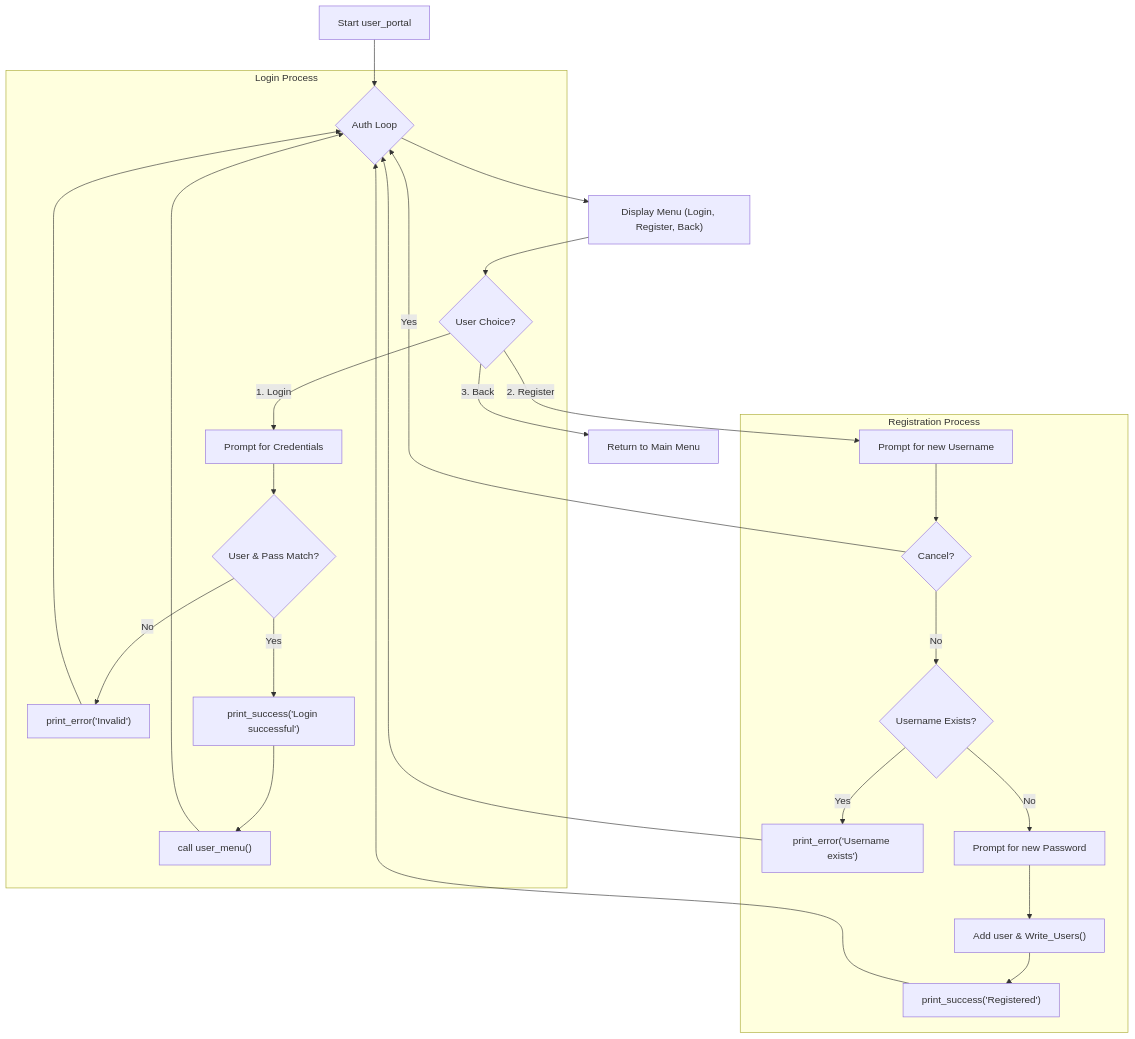
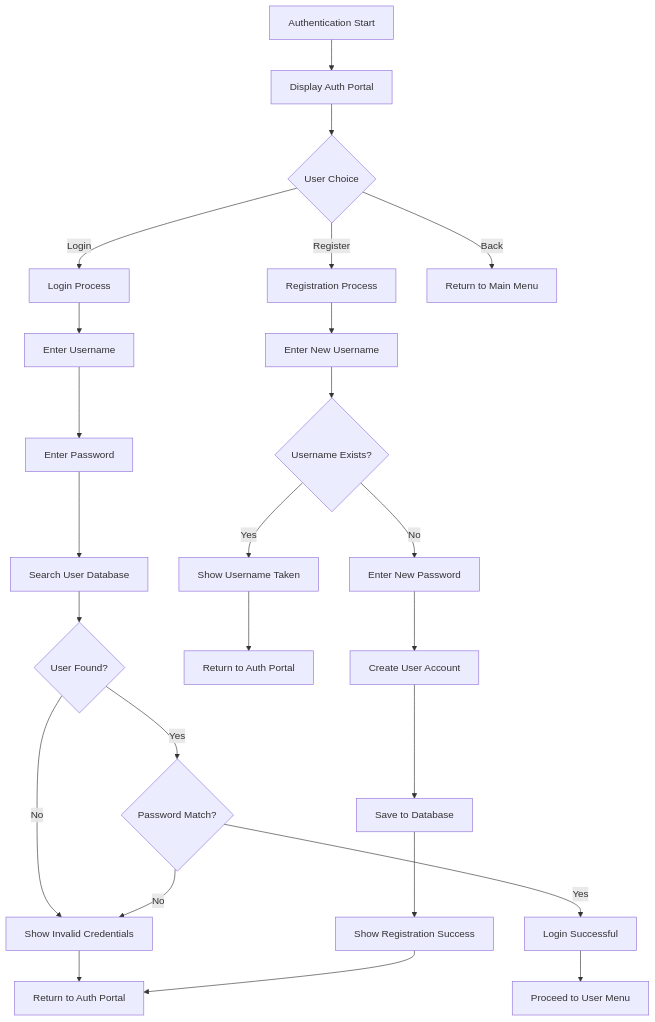
One commit to QUENJiX/test.github.io changed the fourth of 5 diagrams in README.md. Above: the diagram before and after it, drawn with Mermaid. The commit also changed other lines of this file, not shown here.

````diff
--- a/README.md
+++ b/README.md
@@ -351,30 +496,27 @@
 ```mermaid
 graph TD
-    A["Start user_portal"] --> B{"Auth Loop"};
-    B --> C["Display Menu (Login, Register, Back)"];
-    C --> D{"User Choice?"};
-    D -- "3. Back" --> E["Return to Main Menu"];
-
-    subgraph "Login Process"
-        D -- "1. Login" --> F["Prompt for Credentials"];
-        F --> G{"User & Pass Match?"};
-        G -- No --> H["print_error('Invalid')"];
-        H --> B;
-        G -- Yes --> I["print_success('Login successful')"];
-        I --> J["call user_menu()"];
-        J --> B;
-    end
-
-    subgraph "Registration Process"
-        D -- "2. Register" --> K["Prompt for new Username"];
-        K --> L{"Cancel?"};
-        L -- Yes --> B;
-        L -- No --> M{"Username Exists?"};
-        M -- Yes --> N["print_error('Username exists')"];
-        N --> B;
-        M -- No --> O["Prompt for new Password"];
-        O --> P["Add user & Write_Users()"];
-        P --> Q["print_success('Registered')"];
-        Q --> B;
-    end
+    A[Authentication Start] --> B[Display Auth Portal]
+    B --> C{User Choice}
+    C -->|Login| D[Login Process]
+    C -->|Register| E[Registration Process]
+    C -->|Back| F[Return to Main Menu]
+    D --> G[Enter Username]
+    G --> H[Enter Password]
+    H --> I[Search User Database]
+    I --> J{User Found?}
+    J -->|No| K[Show Invalid Credentials]
+    K --> L[Return to Auth Portal]
+    J -->|Yes| M{Password Match?}
+    M -->|No| K
+    M -->|Yes| N[Login Successful]
+    N --> O[Proceed to User Menu]
+    E --> P[Enter New Username]
+    P --> Q{Username Exists?}
+    Q -->|Yes| R[Show Username Taken]
+    R --> S[Return to Auth Portal]
+    Q -->|No| T[Enter New Password]
+    T --> U[Create User Account]
+    U --> V[Save to Database]
+    V --> W[Show Registration Success]
+    W --> L
 ```
````
